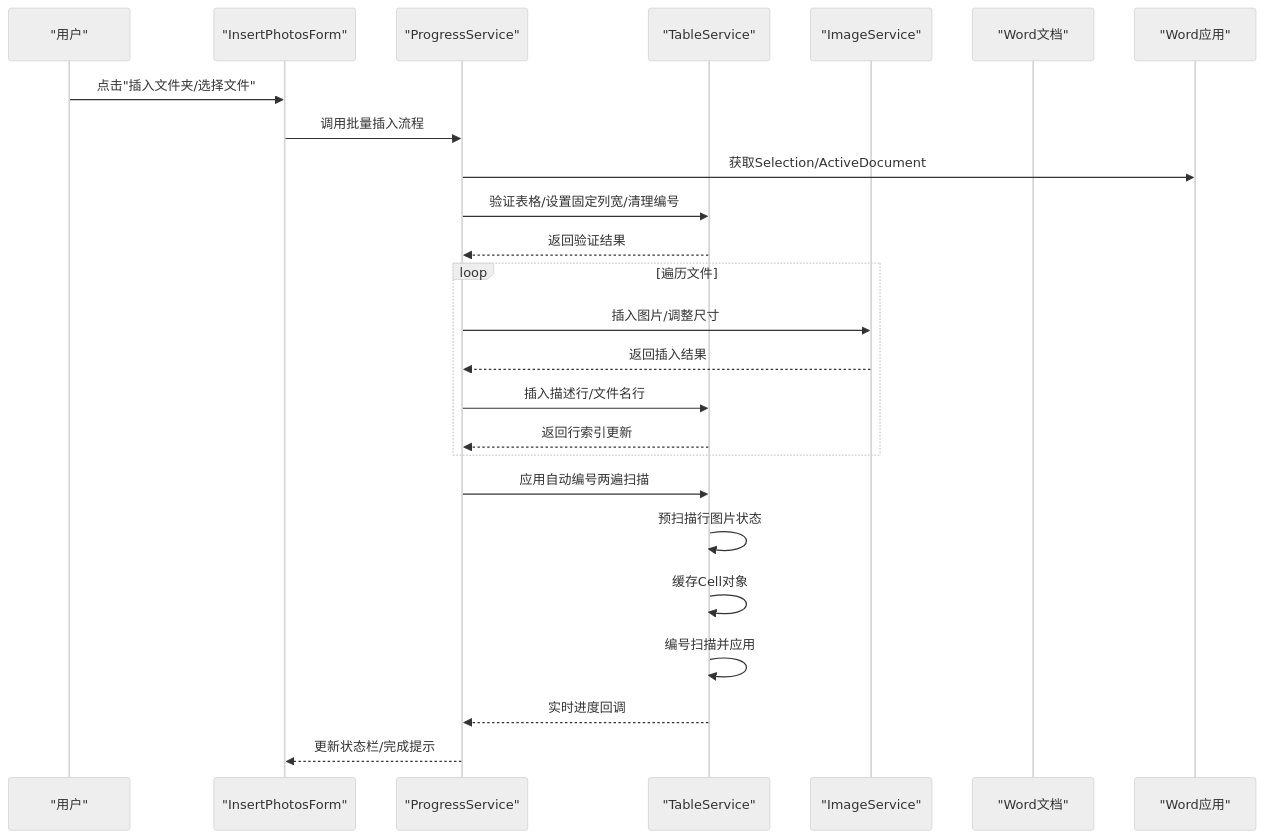
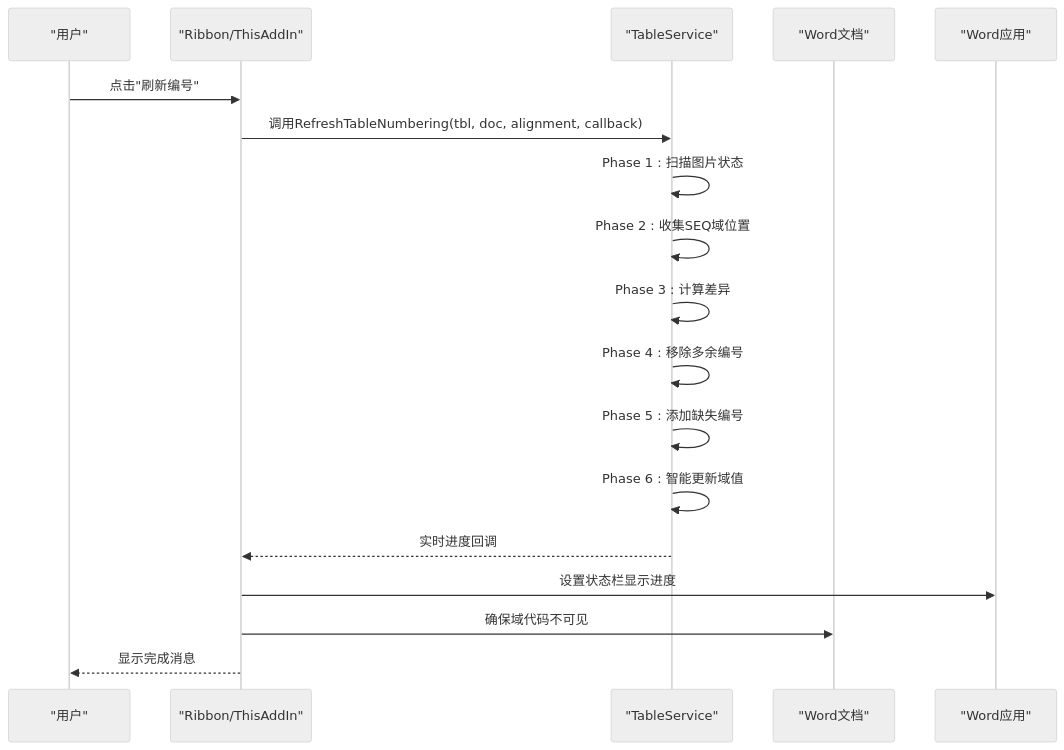
The second of 17 diagrams in .qoder/repowiki/zh/content/服务层/表格服务.md (rainiva/WordTools), drawn with Mermaid (neutral theme) before and after one commit. The commit also changed other lines of this file and 7 other files, not shown here.

````diff
--- a/.qoder/repowiki/zh/content/服务层/表格服务.md
+++ b/.qoder/repowiki/zh/content/服务层/表格服务.md
@@ -118,27 +126,20 @@
 ```mermaid
 sequenceDiagram
 participant User as "用户"
-participant UI as "InsertPhotosForm"
-participant PS as "ProgressService"
+participant UI as "Ribbon/ThisAddIn"
 participant TS as "TableService"
-participant IS as "ImageService"
 participant Doc as "Word文档"
 participant App as "Word应用"
-User->>UI : 点击"插入文件夹/选择文件"
-UI->>PS : 调用批量插入流程
-PS->>App : 获取Selection/ActiveDocument
-PS->>TS : 验证表格/设置固定列宽/清理编号
-TS-->>PS : 返回验证结果
-loop 遍历文件
-PS->>IS : 插入图片/调整尺寸
-IS-->>PS : 返回插入结果
-PS->>TS : 插入描述行/文件名行
-TS-->>PS : 返回行索引更新
-end
-PS->>TS : 应用自动编号两遍扫描
-TS->>TS : 预扫描行图片状态
-TS->>TS : 缓存Cell对象
-TS->>TS : 编号扫描并应用
-TS-->>PS : 实时进度回调
-PS-->>UI : 更新状态栏/完成提示
+User->>UI : 点击"刷新编号"
+UI->>TS : 调用RefreshTableNumbering(tbl, doc, alignment, callback)
+TS->>TS : Phase 1 : 扫描图片状态
+TS->>TS : Phase 2 : 收集SEQ域位置
+TS->>TS : Phase 3 : 计算差异
+TS->>TS : Phase 4 : 移除多余编号
+TS->>TS : Phase 5 : 添加缺失编号
+TS->>TS : Phase 6 : 智能更新域值
+TS-->>UI : 实时进度回调
+UI->>App : 设置状态栏显示进度
+UI->>Doc : 确保域代码不可见
+UI-->>User : 显示完成消息
 ```
````
